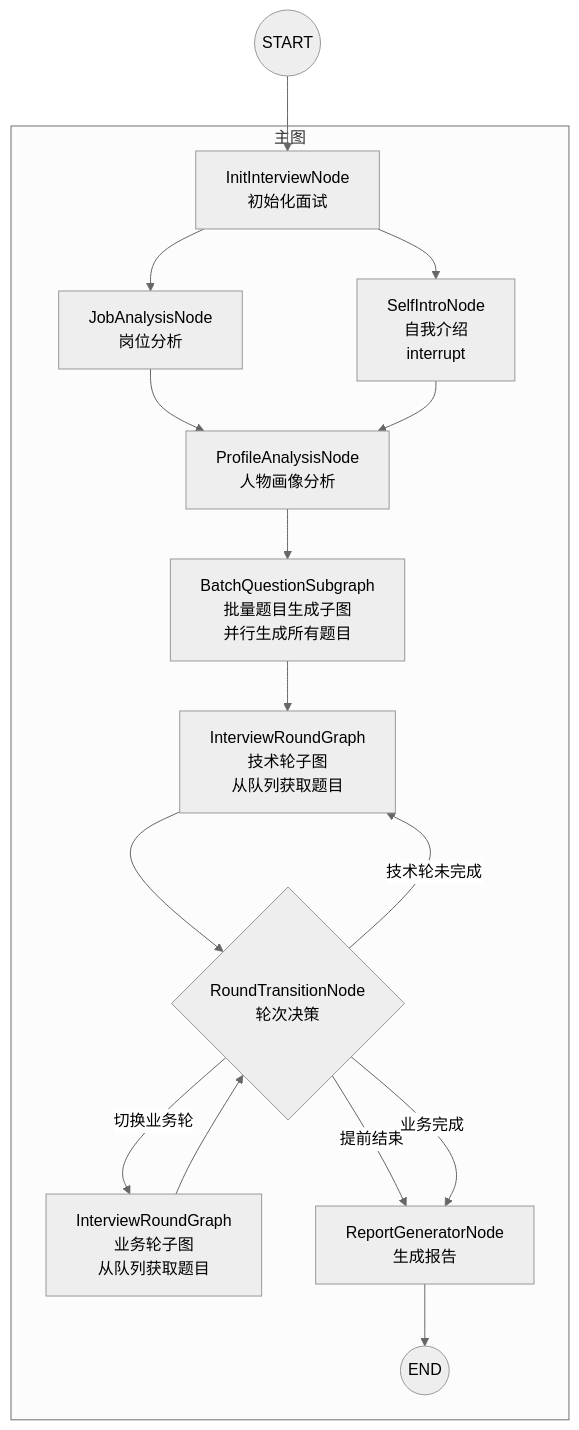
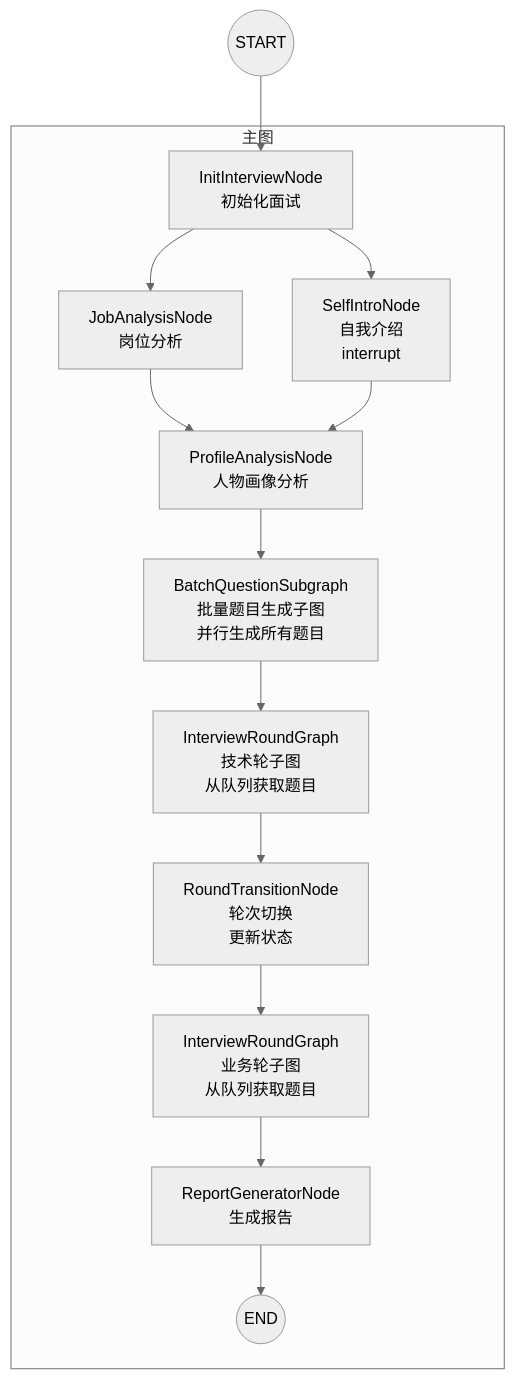
Before and after one commit to zunff/interview-agent: the first of 5 diagrams in README.md, drawn with Mermaid (neutral theme). The commit also changed other lines of this file and 24 other files, not shown here.

````diff
--- a/README.md
+++ b/README.md
@@ -35,29 +35,26 @@
 ```mermaid
 graph TD
     START((START))
 
     subgraph InterviewAgentGraph[主图]
         INIT[InitInterviewNode<br/>初始化面试] --> JOB[JobAnalysisNode<br/>岗位分析]
         INIT --> SELF[SelfIntroNode<br/>自我介绍<br/>interrupt]
 
         JOB --> PROFILE[ProfileAnalysisNode<br/>人物画像分析]
         SELF --> PROFILE
 
         PROFILE --> BATCH[BatchQuestionSubgraph<br/>批量题目生成子图<br/>并行生成所有题目]
 
         BATCH --> TECH[InterviewRoundGraph<br/>技术轮子图<br/>从队列获取题目]
 
-        TECH --> ROUTER{RoundTransitionNode<br/>轮次决策}
+        TECH --> TRANS[RoundTransitionNode<br/>轮次切换<br/>更新状态]
 
-        ROUTER -->|技术轮未完成| TECH
-        ROUTER -->|切换业务轮| BIZ[InterviewRoundGraph<br/>业务轮子图<br/>从队列获取题目]
-        ROUTER -->|提前结束| REPORT[ReportGeneratorNode<br/>生成报告]
+        TRANS --> BIZ[InterviewRoundGraph<br/>业务轮子图<br/>从队列获取题目]
 
-        BIZ --> ROUTER
-        ROUTER -->|业务完成| REPORT
+        BIZ --> REPORT[ReportGeneratorNode<br/>生成报告]
 
         REPORT --> END((END))
     end
 
     START --> INIT
 ```
````
